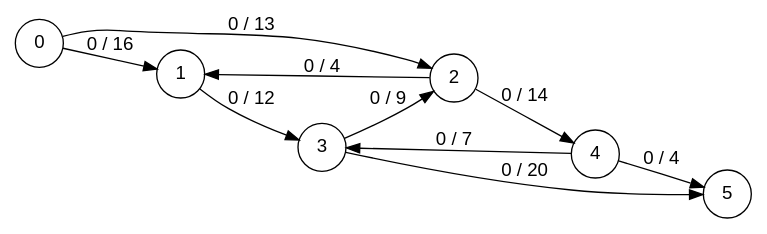
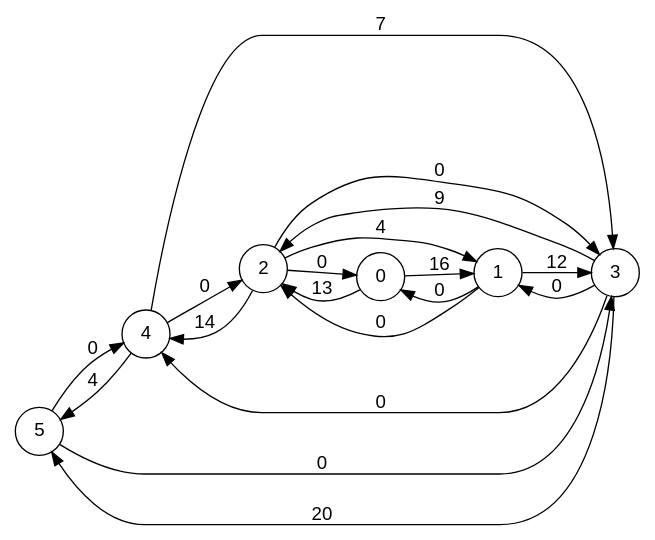
One commit to skferrei31/ocaml-maxflow-project-lavergne-ferreira changed the diagram in my_graph.dot. Above: the diagram before and after it, drawn with Graphviz. The commit also changed 3 other files, not shown here.

```diff
--- a/my_graph.dot
+++ b/my_graph.dot
@@ -1,21 +1,30 @@
  digraph finite_state_machine {
 
       fontname="Helvetica,Arial,sans-serif"
 
       node [fontname= "Helvetica,Arial,sans-serif"]
 
       edge [fontname="Helvetica,Arial,sans-serif"]
 
       rankdir=LR;
 
       node [shape = circle]; 
-0->1[label = "0 / 16"];
-0->2[label = "0 / 13"];
-1->3[label = "0 / 12"];
-2->1[label = "0 / 4"];
-2->4[label = "0 / 14"];
-3->2[label = "0 / 9"];
-3->5[label = "0 / 20"];
-4->3[label = "0 / 7"];
-4->5[label = "0 / 4"];
+5->4[label = "0"];
+5->3[label = "0"];
+4->5[label = "4"];
+4->3[label = "7"];
+4->2[label = "0"];
+3->4[label = "0"];
+3->5[label = "20"];
+3->2[label = "9"];
+3->1[label = "0"];
+2->3[label = "0"];
+2->4[label = "14"];
+2->1[label = "4"];
+2->0[label = "0"];
+0->2[label = "13"];
+0->1[label = "16"];
+1->2[label = "0"];
+1->3[label = "12"];
+1->0[label = "0"];
 }
```
